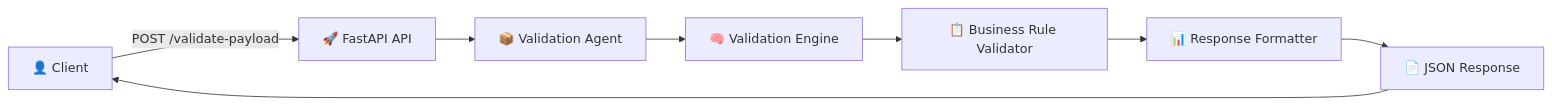
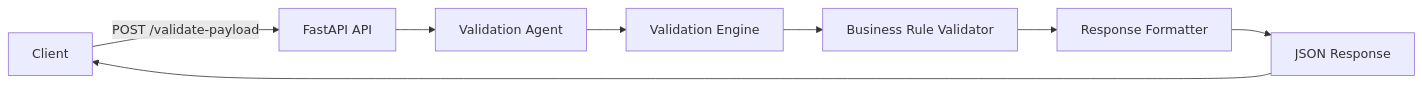
One commit to kishorer8438-bot/Validation_businessAgent changed the first of 2 diagrams in README.md. Above: the diagram before and after it, drawn with Mermaid. The commit also changed other lines of this file, not shown here.

````diff
--- a/README.md
+++ b/README.md
@@ -246,19 +48,19 @@
 ```mermaid
 flowchart LR
 
-A["👤 Client"]
-B["🚀 FastAPI API"]
-C["📦 Validation Agent"]
-D["🧠 Validation Engine"]
-E["📋 Business Rule Validator"]
-F["📊 Response Formatter"]
-G["📄 JSON Response"]
+A[Client]
+B[FastAPI API]
+C[Validation Agent]
+D[Validation Engine]
+E[Business Rule Validator]
+F[Response Formatter]
+G[JSON Response]
 
 A -->|POST /validate-payload| B
 B --> C
 C --> D
 D --> E
 E --> F
 F --> G
 G --> A
 ```
````
